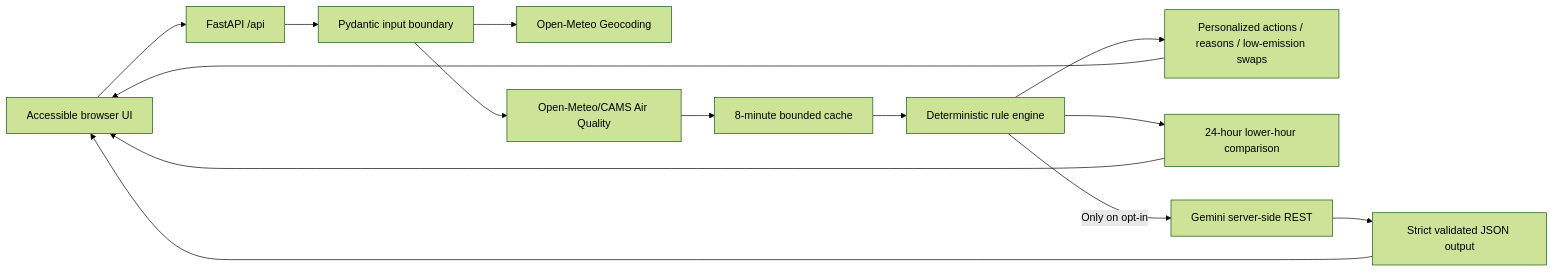
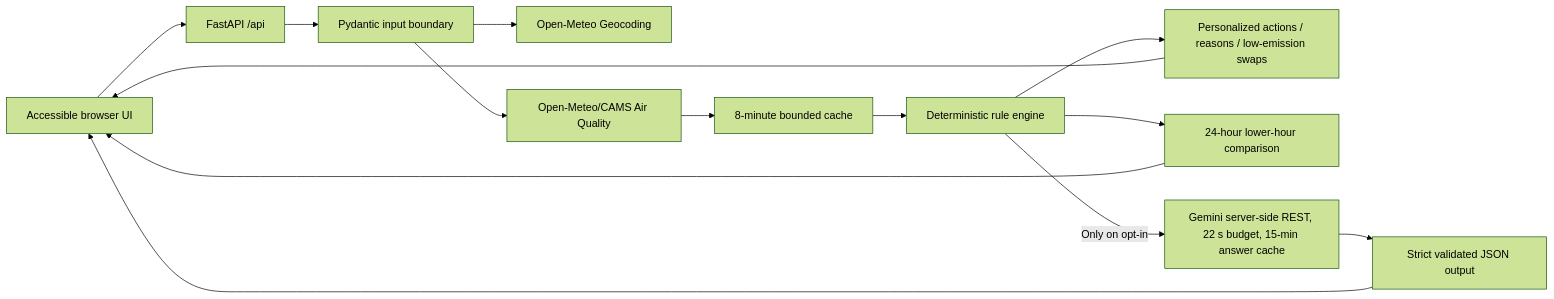
The diagram in README.md (pranavg21/airwise-promptwars-c6), drawn with Mermaid (forest theme) before and after one commit. The commit also changed other lines of this file and 63 other files, not shown here.

````diff
--- a/README.md
+++ b/README.md
@@ -43,16 +43,16 @@
 ```mermaid
 flowchart LR
     Browser[Accessible browser UI] --> API[FastAPI /api]
     API --> Validated[Pydantic input boundary]
     Validated --> Geo[Open-Meteo Geocoding]
     Validated --> Air[Open-Meteo/CAMS Air Quality]
     Air --> Cache[8-minute bounded cache]
     Cache --> Rules[Deterministic rule engine]
     Rules --> Reasons[Personalized actions / reasons / low-emission swaps]
     Rules --> Time[24-hour lower-hour comparison]
-    Rules -->|Only on opt-in| Gemini[Gemini server-side REST]
+    Rules -->|Only on opt-in| Gemini[Gemini server-side REST, 22 s budget, 15-min answer cache]
     Gemini --> Schema[Strict validated JSON output]
     Schema --> Browser
     Reasons --> Browser
     Time --> Browser
 ```
````
